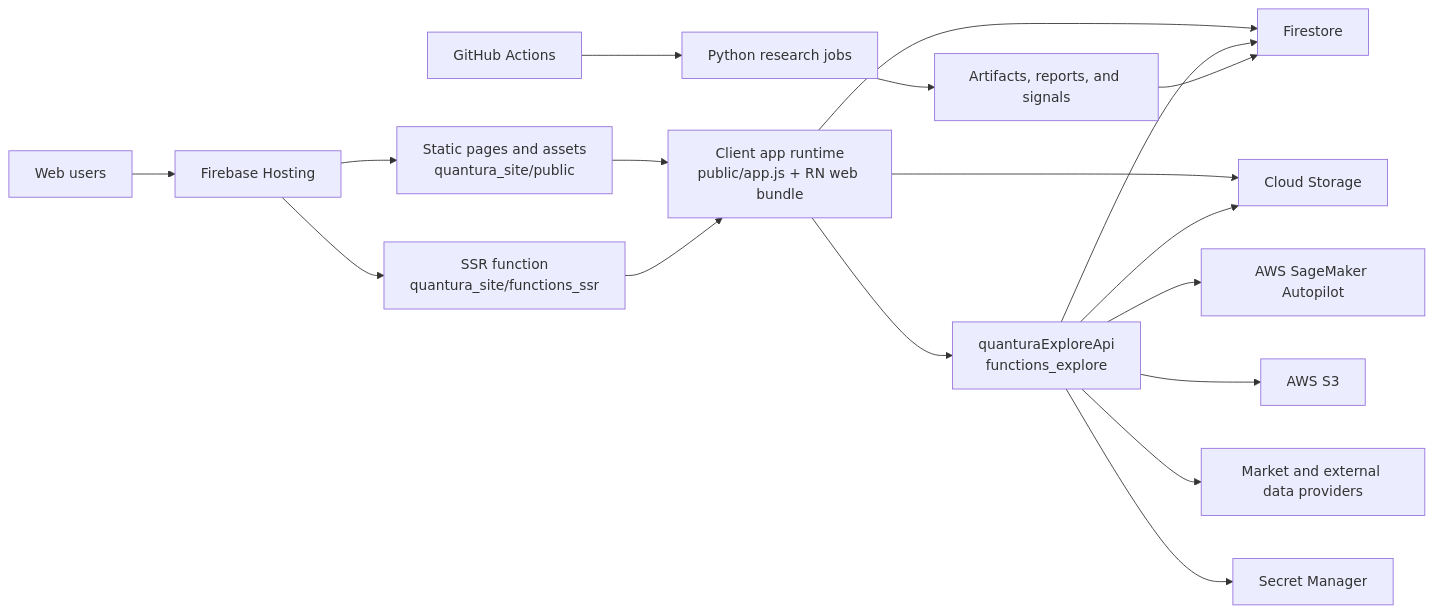
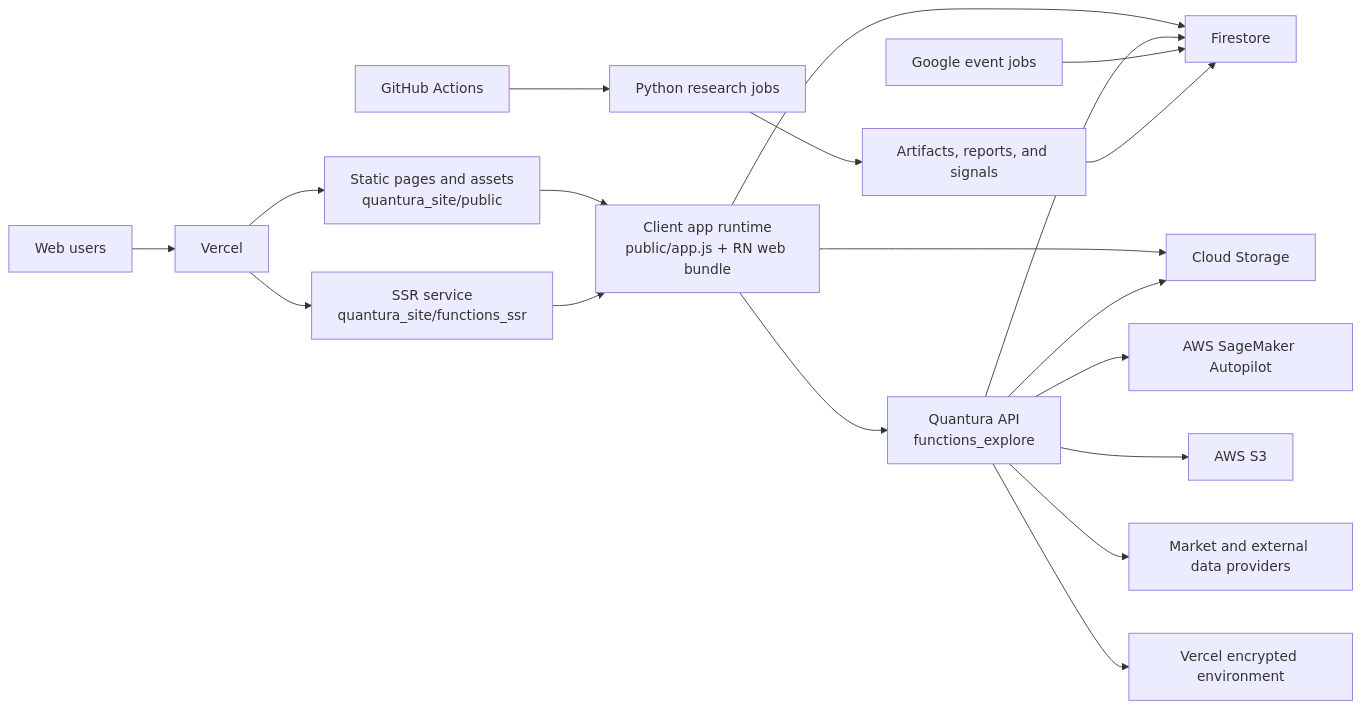
The first of 5 diagrams in README.md (tamzid2001/stockssagemakerdata), drawn with Mermaid before and after one commit. The commit also changed other lines of this file and 5 other files, not shown here.

````diff
--- a/README.md
+++ b/README.md
@@ -65,20 +65,21 @@
 ```mermaid
 flowchart LR
-    A["Web users"] --> B["Firebase Hosting"]
+    A["Web users"] --> B["Vercel"]
     B --> C["Static pages and assets<br/>quantura_site/public"]
-    B --> D["SSR function<br/>quantura_site/functions_ssr"]
+    B --> D["SSR service<br/>quantura_site/functions_ssr"]
     C --> E["Client app runtime<br/>public/app.js + RN web bundle"]
     D --> E
-    E --> F["quanturaExploreApi<br/>functions_explore"]
+    E --> F["Quantura API<br/>functions_explore"]
     E --> G["Firestore"]
     E --> H["Cloud Storage"]
     F --> G
     F --> H
     F --> I["AWS SageMaker Autopilot"]
     F --> J["AWS S3"]
     F --> K["Market and external data providers"]
-    F --> L["Secret Manager"]
+    F --> L["Vercel encrypted environment"]
+    M["Google event jobs"] --> G
     N["GitHub Actions"] --> O["Python research jobs"]
     O --> P["Artifacts, reports, and signals"]
     P --> G
 ```
````
